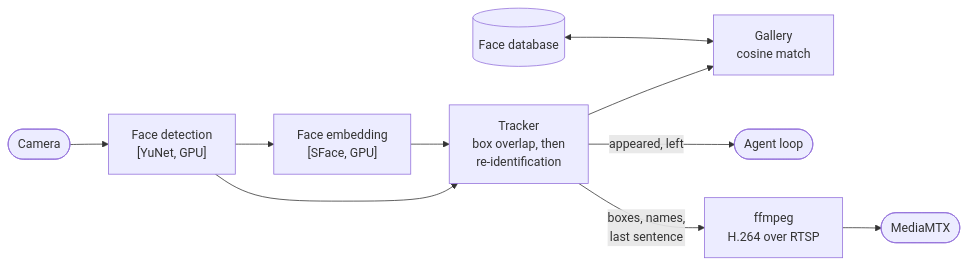
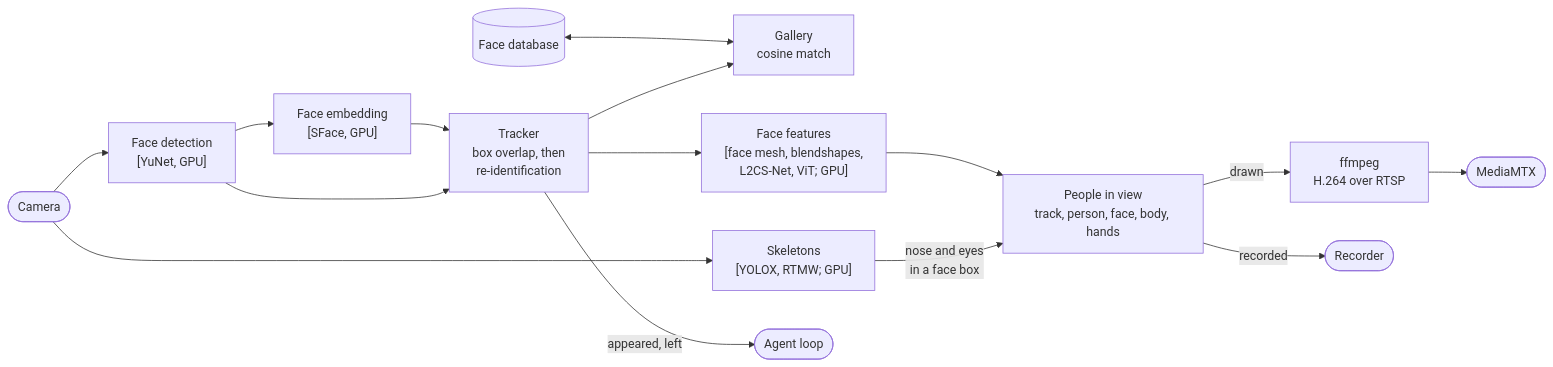
The fifth of 9 diagrams in docs/ARCHITECTURE.md (lokiledev/robot-voice-agent), drawn with Mermaid before and after one commit. The commit also changed other lines of this file and 22 other files, not shown here.

````diff
--- a/docs/ARCHITECTURE.md
+++ b/docs/ARCHITECTURE.md
@@ -161,11 +161,16 @@
 ```mermaid
 flowchart LR
     cam([Camera]) --> det["Face detection<br/>[YuNet, GPU]"]
     det --> emb["Face embedding<br/>[SFace, GPU]"]
     det & emb --> trk["Tracker<br/>box overlap, then<br/>re-identification"]
     trk --> gal["Gallery<br/>cosine match"]
     db[("Face database")] <--> gal
+    trk --> feat["Face features<br/>[face mesh, blendshapes,<br/>L2CS-Net, ViT; GPU]"]
+    cam --> body["Skeletons<br/>[YOLOX, RTMW; GPU]"]
+    body -- "nose and eyes<br/>in a face box" --> scene["People in view<br/>track, person, face, body, hands"]
+    feat --> scene
     trk -- "appeared, left" --> loop([Agent loop])
-    trk -- "boxes, names,<br/>last sentence" --> ff["ffmpeg<br/>H.264 over RTSP"]
+    scene -- "drawn" --> ff["ffmpeg<br/>H.264 over RTSP"]
+    scene -- "recorded" --> rec([Recorder])
     ff --> mtx([MediaMTX])
 ```
````
